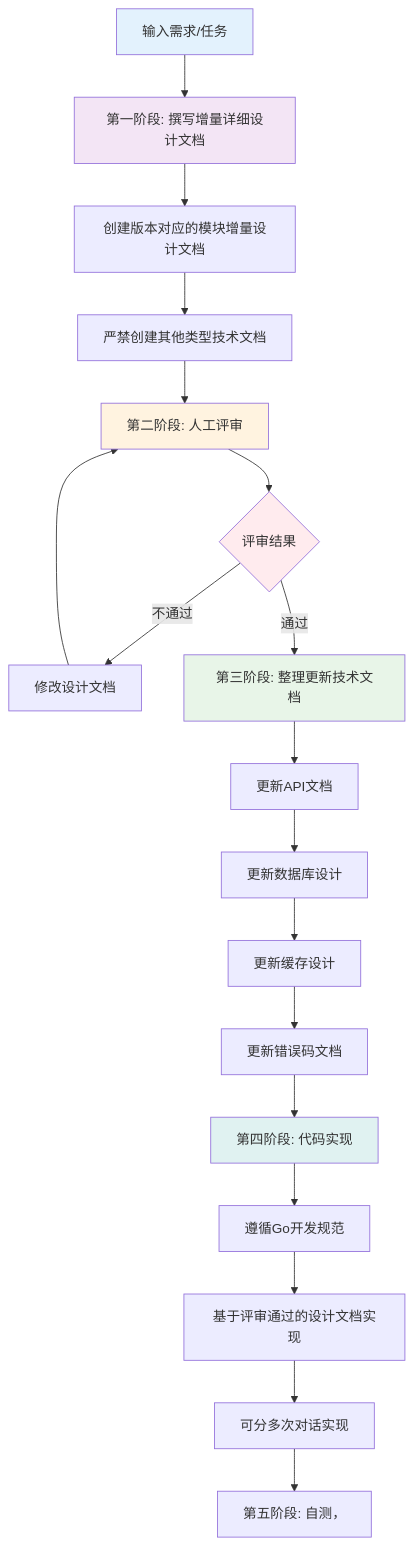
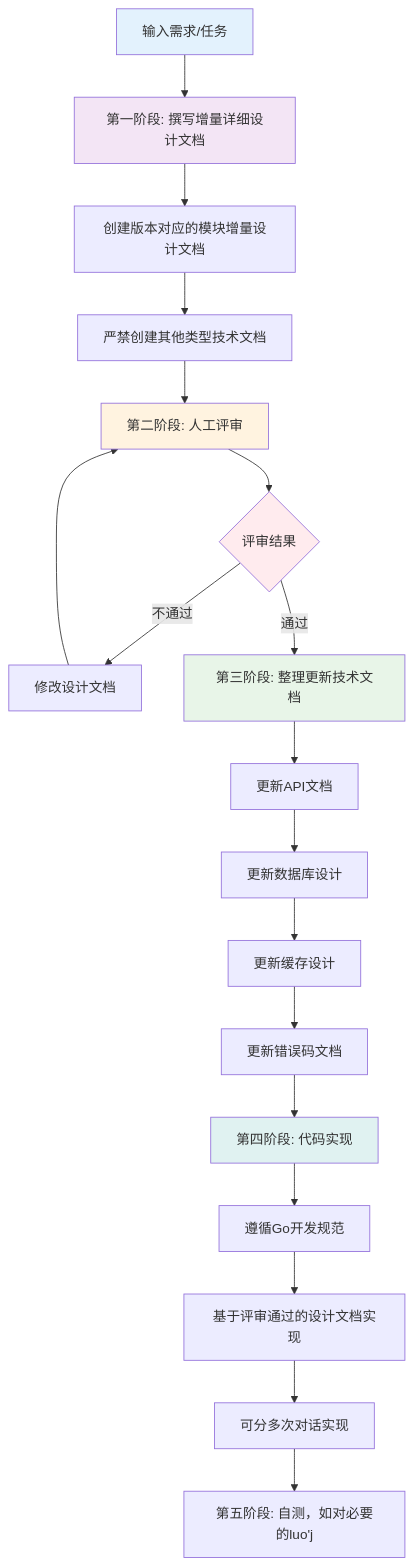
Before and after one commit to yingjianzh/iodraw-files: the diagram in all/未命名-1.md, drawn with Mermaid.

Commit message:
2025-10-22 17:38:27 update

````diff
--- a/all/未命名-1.md
+++ b/all/未命名-1.md
@@ -1,29 +1,29 @@
 ```mermaid
 
 flowchart TD
     A[输入需求/任务] --> B[第一阶段: 撰写增量详细设计文档]
     B --> C[创建版本对应的模块增量设计文档]
     C --> D[严禁创建其他类型技术文档]
     D --> E[第二阶段: 人工评审]
     E --> F{评审结果}
     F -->|不通过| G[修改设计文档]
     G --> E
     F -->|通过| H[第三阶段: 整理更新技术文档]
     H --> I[更新API文档]
     I --> J[更新数据库设计]
     J --> K[更新缓存设计]
     K --> L[更新错误码文档]
     L --> M[第四阶段: 代码实现]
     M --> N[遵循Go开发规范]
     N --> O[基于评审通过的设计文档实现]
     O --> P[可分多次对话实现]
-    P --> R[第五阶段: 自测，]
+    P --> R[第五阶段: 自测，如对必要的luo'j]
     
     style A fill:#e3f2fd
     style B fill:#f3e5f5
     style E fill:#fff3e0
     style F fill:#ffebee
     style H fill:#e8f5e8
     style M fill:#e0f2f1
 
 ```
````
